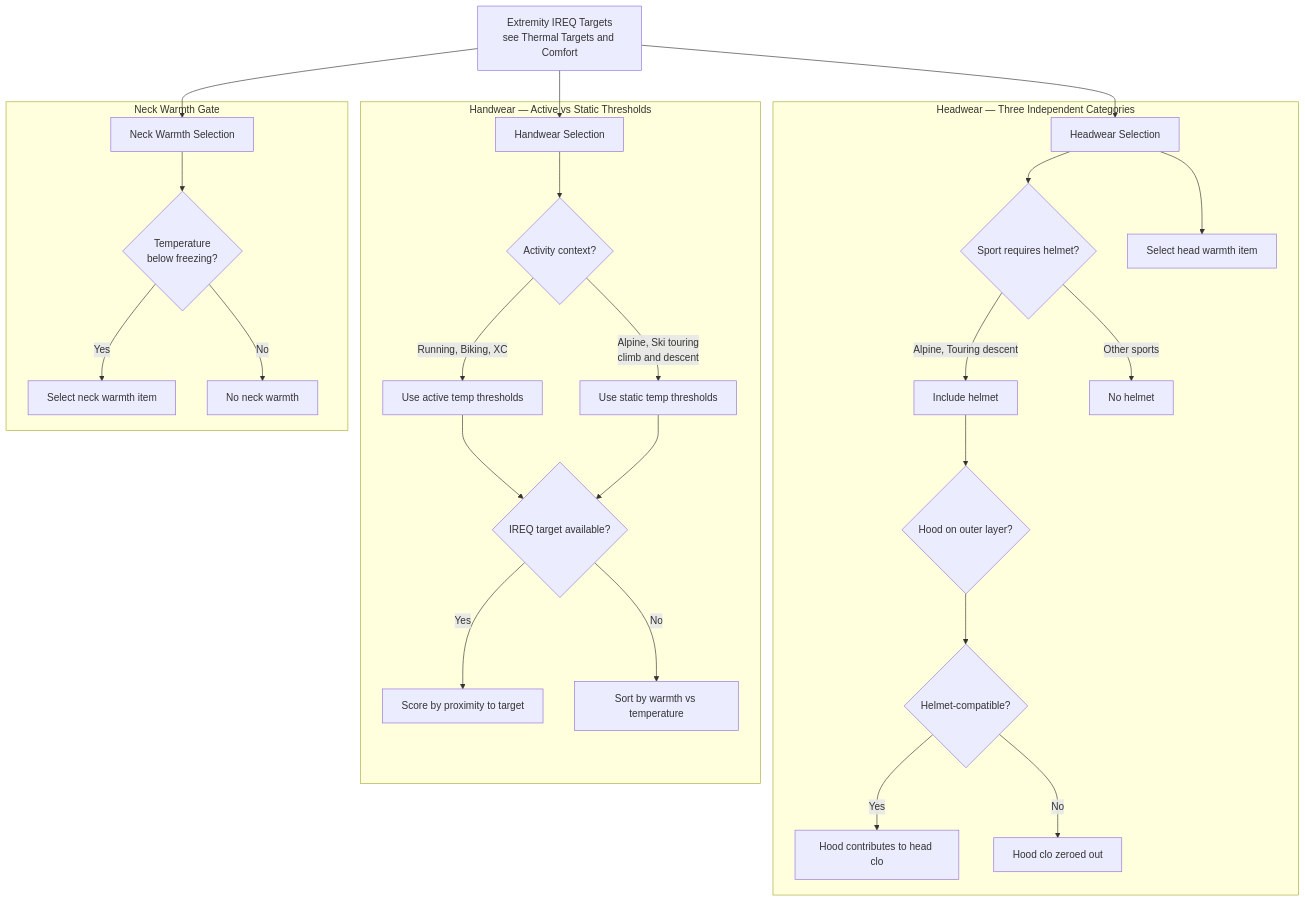
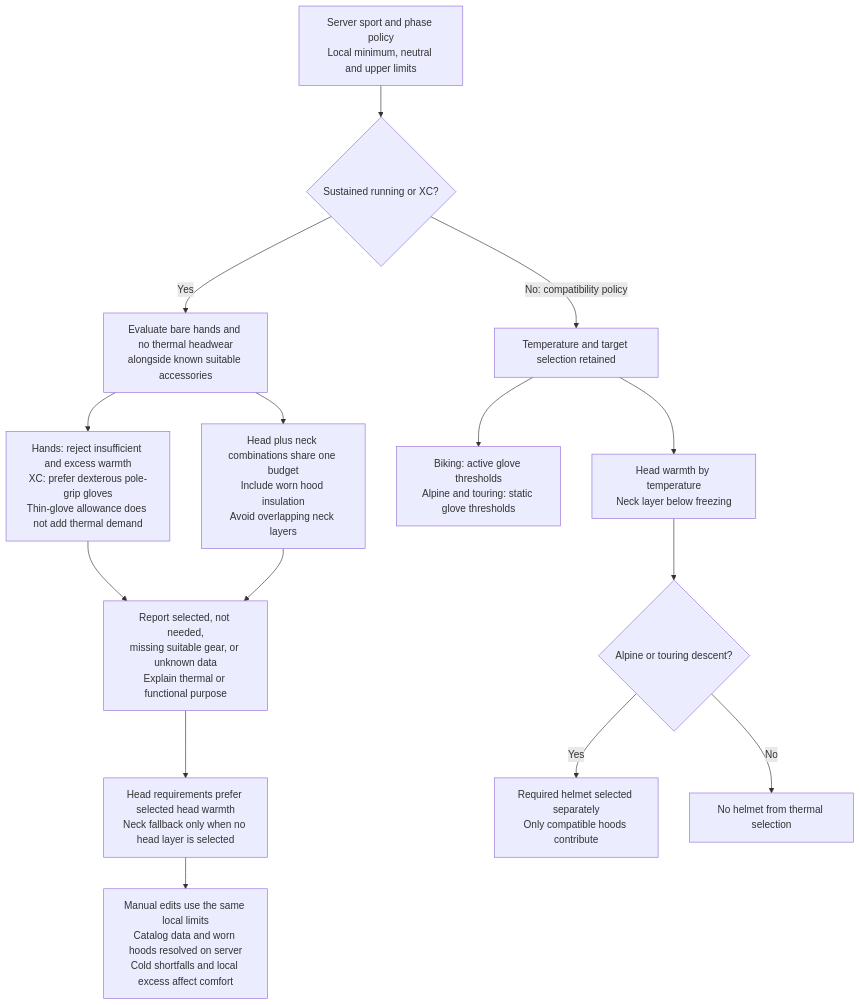
The sixth of 7 diagrams in README.md (derobertsw/swttr), drawn with Mermaid before and after one commit. The commit also changed other lines of this file and 21 other files, not shown here.

Commit message:
Make running and XC thermal accessories optional (#246) (#338)

````diff
--- a/README.md
+++ b/README.md
@@ -265,35 +265,17 @@
 ```mermaid
 graph TD
-    EXT[Extremity IREQ Targets<br/>see Thermal Targets and Comfort] --> HEAD[Headwear Selection]
-    EXT --> HAND[Handwear Selection]
-    EXT --> NECK[Neck Warmth Selection]
-
-    subgraph "Headwear — Three Independent Categories"
-        HEAD --> HELMET{Sport requires helmet?}
-        HELMET -->|Alpine, Touring descent| HYES[Include helmet]
-        HELMET -->|Other sports| HNO[No helmet]
-
-        HYES --> HOOD{Hood on outer layer?}
-        HOOD --> HCOMPAT{Helmet-compatible?}
-        HCOMPAT -->|Yes| HCONT[Hood contributes to head clo]
-        HCOMPAT -->|No| HZERO[Hood clo zeroed out]
-
-        HEAD --> HWARM[Select head warmth item]
-    end
-
-    subgraph "Handwear — Active vs Static Thresholds"
-        HAND --> HMODE{Activity context?}
-        HMODE -->|Running, Biking, XC| ACTIVE[Use active temp thresholds]
-        HMODE -->|Alpine, Ski touring<br/>climb and descent| STATIC[Use static temp thresholds]
-        ACTIVE --> HTARGET{IREQ target available?}
-        STATIC --> HTARGET
-        HTARGET -->|Yes| HSCORE[Score by proximity to target]
-        HTARGET -->|No| HTEMP[Sort by warmth vs temperature]
-    end
-
-    subgraph "Neck Warmth Gate"
-        NECK --> NCHECK{Temperature<br/>below freezing?}
-        NCHECK -->|Yes| NSEL[Select neck warmth item]
-        NCHECK -->|No| NSKIP[No neck warmth]
-    end
+    EXT[Server sport and phase policy<br/>Local minimum, neutral and upper limits] --> MODE{Sustained running or XC?}
+    MODE -->|Yes| BARE[Evaluate bare hands and no thermal headwear<br/>alongside known suitable accessories]
+    BARE --> HAND[Hands: reject insufficient and excess warmth<br/>XC: prefer dexterous pole-grip gloves<br/>Thin-glove allowance does not add thermal demand]
+    BARE --> HEAD[Head plus neck combinations share one budget<br/>Include worn hood insulation<br/>Avoid overlapping neck layers]
+    HAND --> STATE[Report selected, not needed,<br/>missing suitable gear, or unknown data<br/>Explain thermal or functional purpose]
+    HEAD --> STATE
+    STATE --> MATCH[Head requirements prefer selected head warmth<br/>Neck fallback only when no head layer is selected]
+    MATCH --> EDIT[Manual edits use the same local limits<br/>Catalog data and worn hoods resolved on server<br/>Cold shortfalls and local excess affect comfort]
+    MODE -->|No: compatibility policy| LEGACY[Temperature and target selection retained]
+    LEGACY --> LHAND[Biking: active glove thresholds<br/>Alpine and touring: static glove thresholds]
+    LEGACY --> LHEAD[Head warmth by temperature<br/>Neck layer below freezing]
+    LHEAD --> HELMET{Alpine or touring descent?}
+    HELMET -->|Yes| REQUIRED[Required helmet selected separately<br/>Only compatible hoods contribute]
+    HELMET -->|No| NOHELMET[No helmet from thermal selection]
 ```
````
